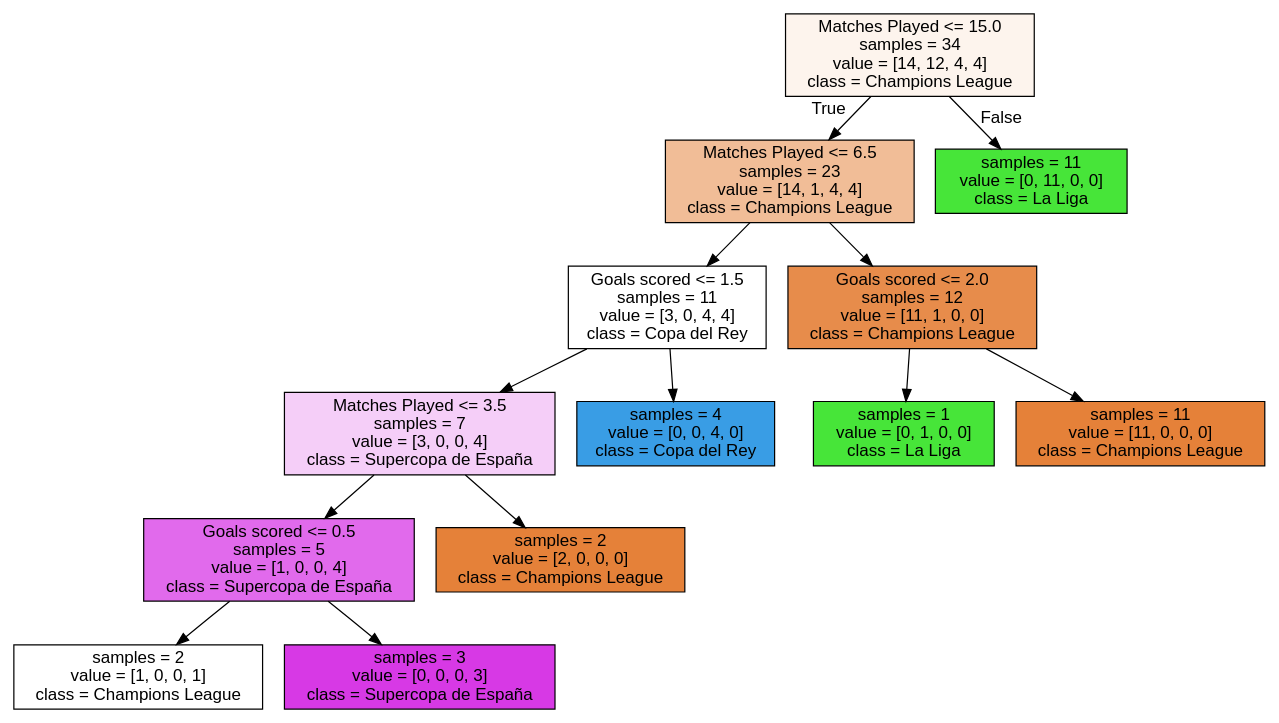
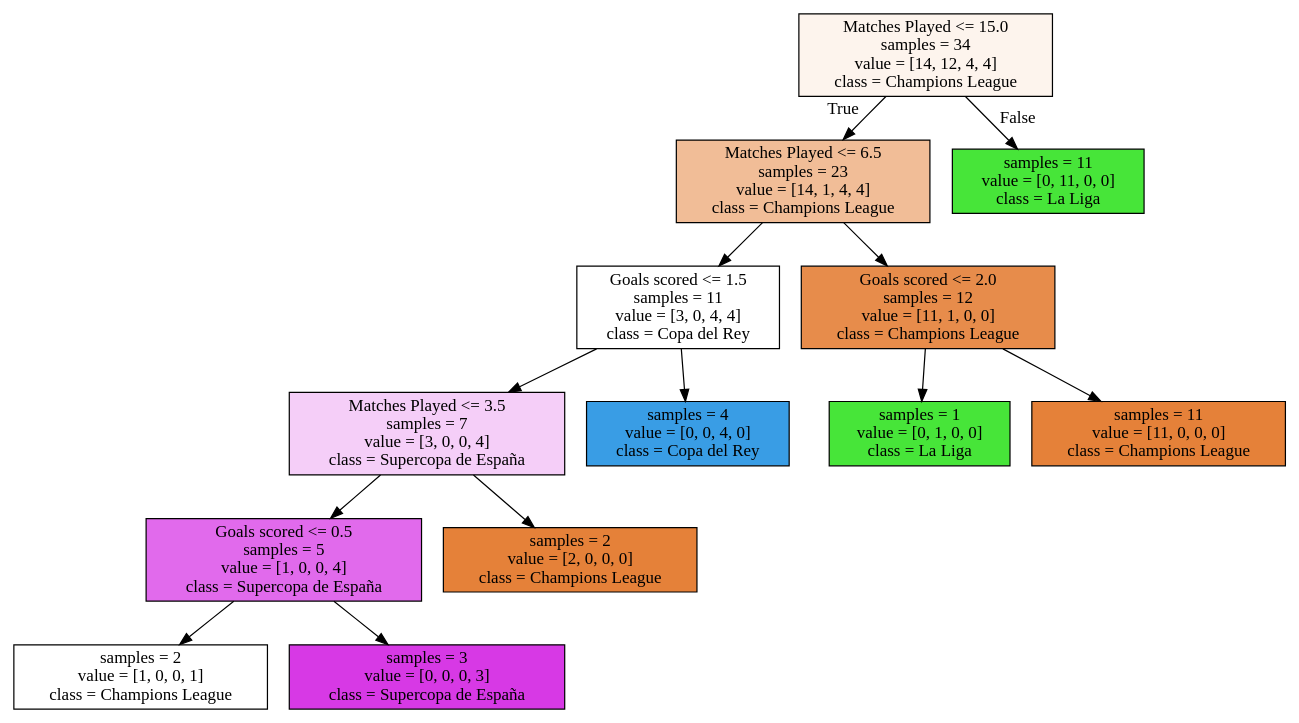
The diagram in AVS3/arbol1.dot (hghernandez/ml_utn_frba), drawn with Graphviz before and after one commit. The commit also changed 4 other files, not shown here.

```diff
--- a/AVS3/arbol1.dot
+++ b/AVS3/arbol1.dot
@@ -1,29 +1,28 @@
 digraph Tree {
-node [shape=box, style="filled", color="black", fontname="helvetica"] ;
-edge [fontname="helvetica"] ;
+node [shape=box, style="filled", color="black"] ;
 0 [label="Matches Played <= 15.0\nsamples = 34\nvalue = [14, 12, 4, 4]\nclass = Champions League", fillcolor="#fdf4ed"] ;
 1 [label="Matches Played <= 6.5\nsamples = 23\nvalue = [14, 1, 4, 4]\nclass = Champions League", fillcolor="#f1bd97"] ;
 0 -> 1 [labeldistance=2.5, labelangle=45, headlabel="True"] ;
 2 [label="Goals scored <= 1.5\nsamples = 11\nvalue = [3, 0, 4, 4]\nclass = Copa del Rey", fillcolor="#ffffff"] ;
 1 -> 2 ;
 3 [label="Matches Played <= 3.5\nsamples = 7\nvalue = [3, 0, 0, 4]\nclass = Supercopa de España", fillcolor="#f5cef8"] ;
 2 -> 3 ;
 4 [label="Goals scored <= 0.5\nsamples = 5\nvalue = [1, 0, 0, 4]\nclass = Supercopa de España", fillcolor="#e16aec"] ;
 3 -> 4 ;
 5 [label="samples = 2\nvalue = [1, 0, 0, 1]\nclass = Champions League", fillcolor="#ffffff"] ;
 4 -> 5 ;
 6 [label="samples = 3\nvalue = [0, 0, 0, 3]\nclass = Supercopa de España", fillcolor="#d739e5"] ;
 4 -> 6 ;
 7 [label="samples = 2\nvalue = [2, 0, 0, 0]\nclass = Champions League", fillcolor="#e58139"] ;
 3 -> 7 ;
 8 [label="samples = 4\nvalue = [0, 0, 4, 0]\nclass = Copa del Rey", fillcolor="#399de5"] ;
 2 -> 8 ;
 9 [label="Goals scored <= 2.0\nsamples = 12\nvalue = [11, 1, 0, 0]\nclass = Champions League", fillcolor="#e78c4b"] ;
 1 -> 9 ;
 10 [label="samples = 1\nvalue = [0, 1, 0, 0]\nclass = La Liga", fillcolor="#47e539"] ;
 9 -> 10 ;
 11 [label="samples = 11\nvalue = [11, 0, 0, 0]\nclass = Champions League", fillcolor="#e58139"] ;
 9 -> 11 ;
 12 [label="samples = 11\nvalue = [0, 11, 0, 0]\nclass = La Liga", fillcolor="#47e539"] ;
 0 -> 12 [labeldistance=2.5, labelangle=-45, headlabel="False"] ;
 }
```
